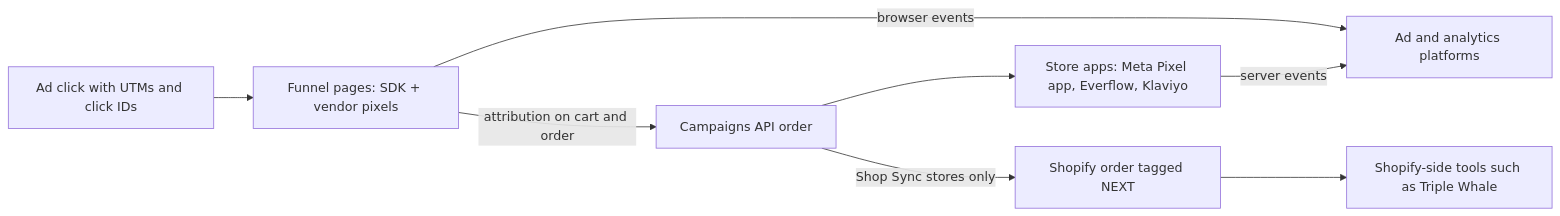
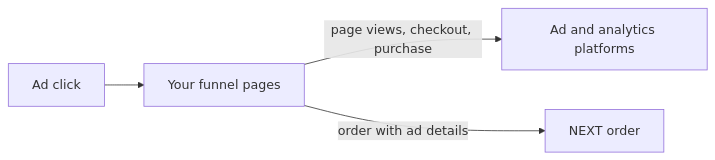
The diagram in content/docs/campaigns/tracking/index.mdx (NextCommerceCo/developer-docs), drawn with Mermaid before and after one commit. The commit also changed other lines of this file and 19 other files, not shown here.

````diff
--- a/content/docs/campaigns/tracking/index.mdx
+++ b/content/docs/campaigns/tracking/index.mdx
@@ -26,10 +22,6 @@
 ```mermaid
 flowchart LR
-  A[Ad click with UTMs and click IDs] --> B[Funnel pages: SDK + vendor pixels]
-  B -->|attribution on cart and order| C[Campaigns API order]
-  B -->|browser events| V[Ad and analytics platforms]
-  C --> D[Store apps: Meta Pixel app, Everflow, Klaviyo]
-  D -->|server events| V
-  C -->|Shop Sync stores only| S[Shopify order tagged NEXT]
-  S --> T[Shopify-side tools such as Triple Whale]
+  A[Ad click] --> B[Your funnel pages]
+  B -->|page views, checkout, purchase| C[Ad and analytics platforms]
+  B -->|order with ad details| D[NEXT order]
 ```
````
